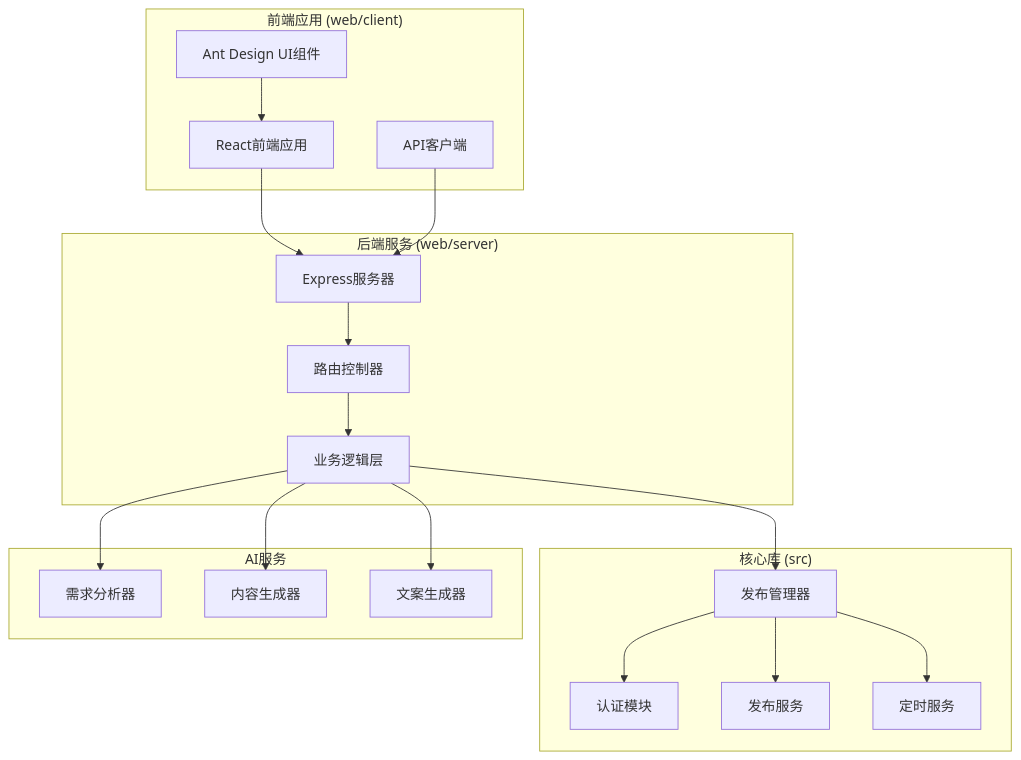
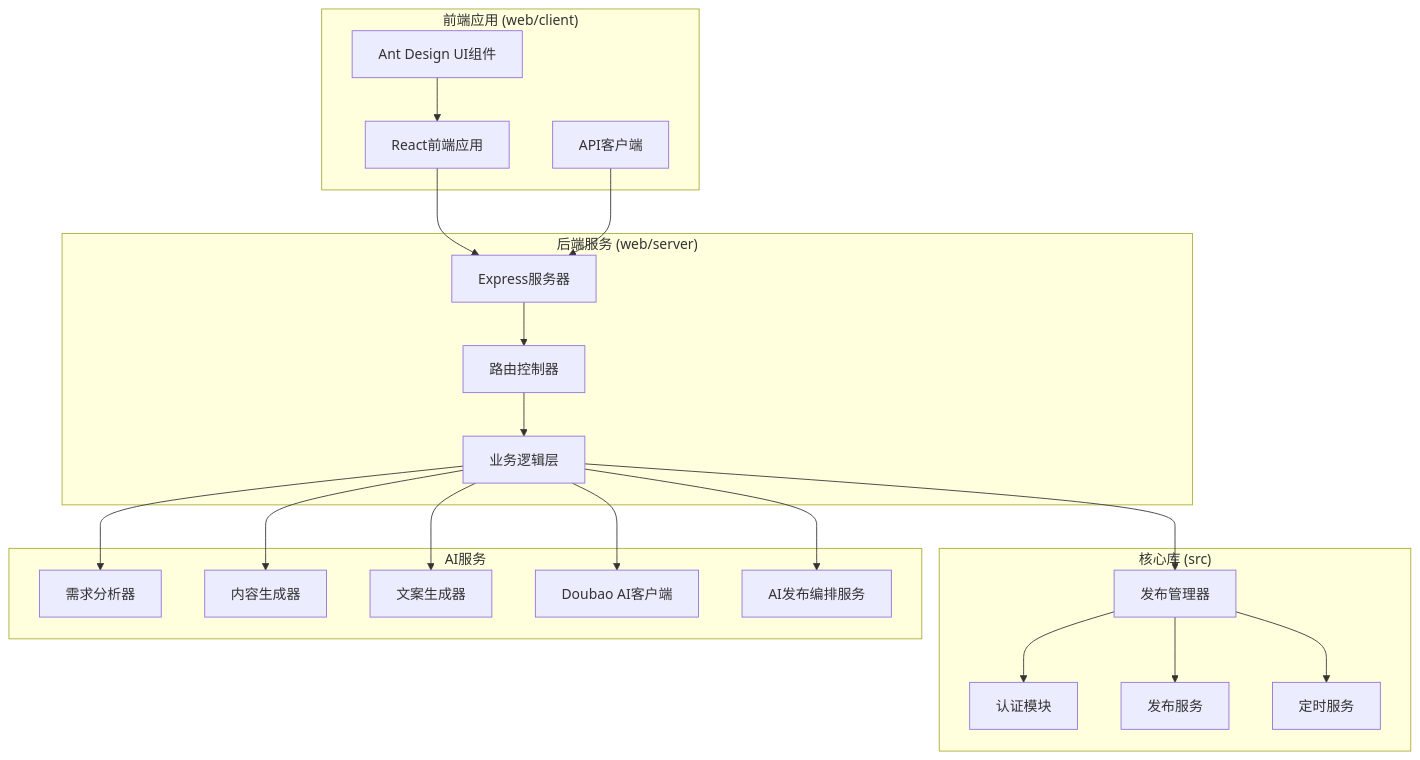
The first of 10 diagrams in .qoder/repowiki/zh/content/核心模块详解/AI内容生成系统.md (songdiyang/clawOperations), drawn with Mermaid before and after one commit. The commit also changed other lines of this file and 5 other files, not shown here.

````diff
--- a/.qoder/repowiki/zh/content/核心模块详解/AI内容生成系统.md
+++ b/.qoder/repowiki/zh/content/核心模块详解/AI内容生成系统.md
@@ -52,36 +62,40 @@
 ```mermaid
 graph TB
 subgraph "前端应用 (web/client)"
 A[React前端应用]
 B[Ant Design UI组件]
 C[API客户端]
 end
 subgraph "后端服务 (web/server)"
 D[Express服务器]
 E[路由控制器]
 F[业务逻辑层]
 end
 subgraph "核心库 (src)"
 G[发布管理器]
 H[认证模块]
 I[发布服务]
 J[定时服务]
 end
 subgraph "AI服务"
 K[需求分析器]
 L[内容生成器]
 M[文案生成器]
+N[Doubao AI客户端]
+O[AI发布编排服务]
 end
 A --> D
 B --> A
 C --> D
 D --> E
 E --> F
 F --> G
 G --> H
 G --> I
 G --> J
 F --> K
 F --> L
 F --> M
+F --> N
+F --> O
 ```
````
